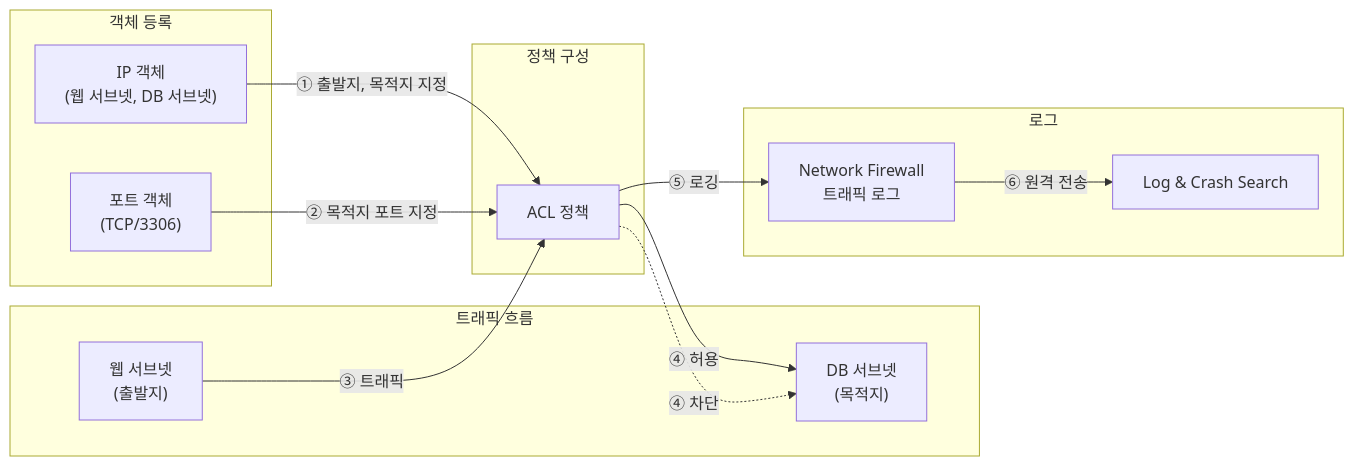
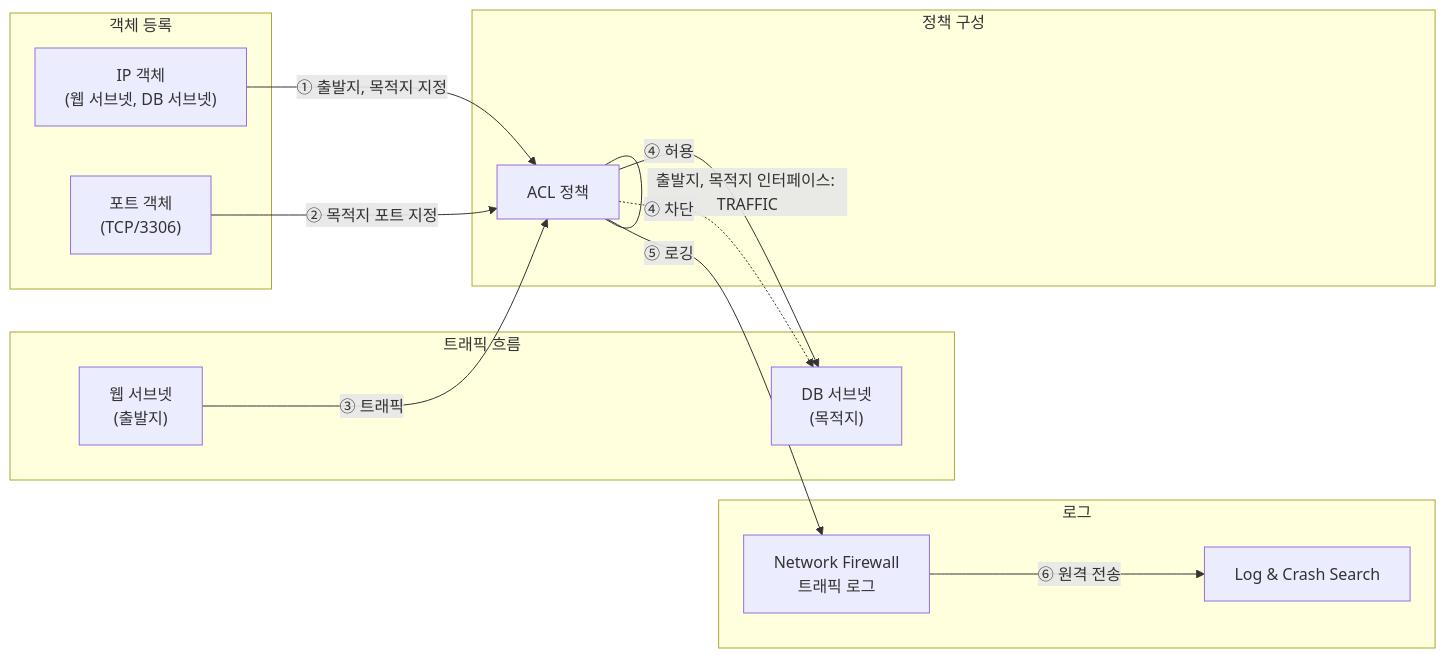
Before and after one commit to tw-sunyoung/TW: the diagram in task-guide/ko/network-firewall-policy-configuration.md, drawn with Mermaid. The commit also changed other lines of this file, not shown here.

````diff
--- a/task-guide/ko/network-firewall-policy-configuration.md
+++ b/task-guide/ko/network-firewall-policy-configuration.md
@@ -7,34 +7,35 @@
 ```mermaid
 graph LR
     subgraph 객체 등록
         A["IP 객체
 (웹 서브넷, DB 서브넷)"]
         B["포트 객체
 (TCP/3306)"]
     end
 
     subgraph 정책 구성
         C["ACL 정책"]
     end
 
     subgraph 트래픽 흐름
         D["웹 서브넷
 (출발지)"]
         E["DB 서브넷
 (목적지)"]
     end
 
     subgraph 로그
         G["Network Firewall
 트래픽 로그"]
         H["Log & Crash Search"]
     end
 
     A -->|"① 출발지, 목적지 지정"| C
     B -->|"② 목적지 포트 지정"| C
+    C ---|"출발지, 목적지 인터페이스: TRAFFIC"| C
     D -->|"③ 트래픽"| C
     C -->|"④ 허용"| E
     C -.->|"④ 차단"| E
     C -->|"⑤ 로깅"| G
     G -->|"⑥ 원격 전송"| H
 ```
````
